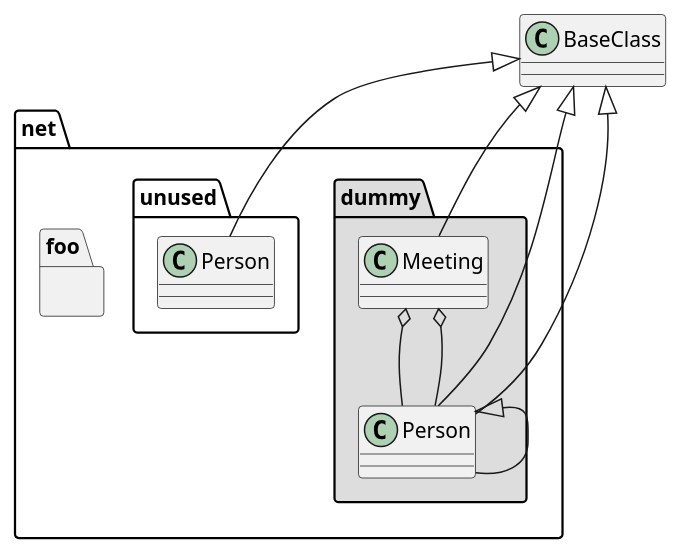
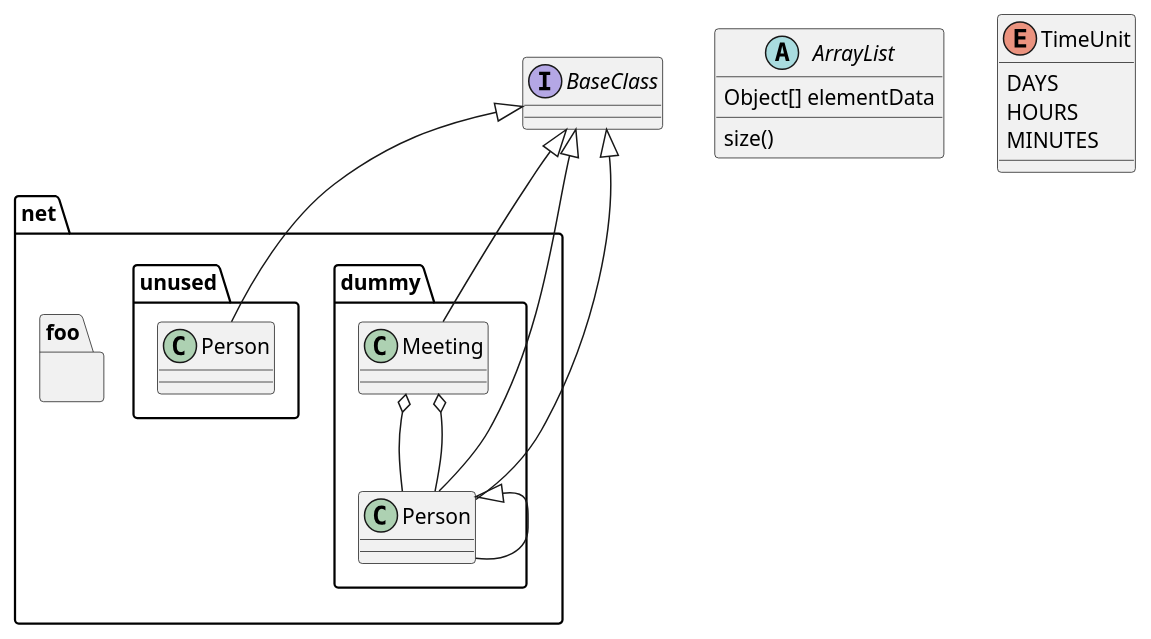
The third of 6 diagrams in src/docs/asciidoc/reveal-my-asciidoc.adoc (Zenika/adoc-presentation-model), drawn with PlantUML before and after one commit. The commit also changed other lines of this file and 108 other files, not shown here.

```diff
--- a/src/docs/asciidoc/reveal-my-asciidoc.adoc
+++ b/src/docs/asciidoc/reveal-my-asciidoc.adoc
@@ -109,20 +154,27 @@
-[plantuml, rma-class-diagram, svg, height=500]     
+[plantuml, rma-class-diagram, svg]     
 ....
-class BaseClass
+abstract class ArrayList {
+  Object[] elementData
+  size()
+}
+enum TimeUnit {
+  DAYS
+  HOURS
+  MINUTES
+}
+Interface BaseClass
 
-namespace net.dummy #DDDDDD {
+namespace net.dummy {
     .BaseClass <|-- Person
     Meeting o-- Person
 
     .BaseClass <|- Meeting
 }
-
 namespace net.foo {
   net.dummy.Person  <|- Person
   .BaseClass <|-- Person
 
   net.dummy.Meeting o-- Person
 }
-
 BaseClass <|-- net.unused.Person
 ....
```
